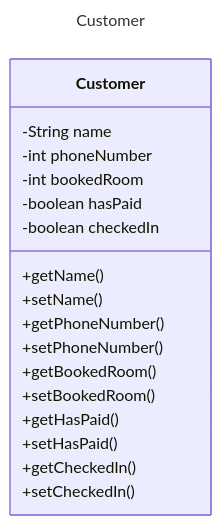
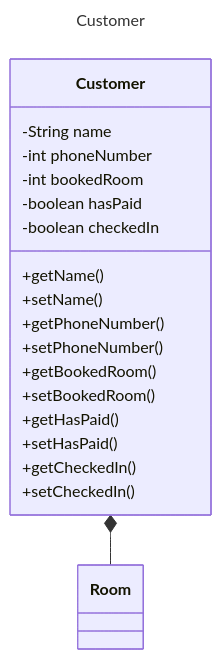
The diagram in class-diagrams/Class-Diagram-Customer.md (roxashrb/2425-cc3-1e-project-team-and-jerry), drawn with Mermaid before and after one commit.

````diff
--- a/class-diagrams/Class-Diagram-Customer.md
+++ b/class-diagrams/Class-Diagram-Customer.md
@@ -1,23 +1,24 @@
 ```mermaid
 ---
 title: Customer
 ---
 classDiagram
+    Customer *-- Room
     class Customer {
         -String name
         -int phoneNumber
         -int bookedRoom
         -boolean hasPaid
         -boolean checkedIn
         +getName()
         +setName()
         +getPhoneNumber()
         +setPhoneNumber()
         +getBookedRoom()
         +setBookedRoom()
         +getHasPaid()
         +setHasPaid()
         +getCheckedIn()
         +setCheckedIn()
     }
 ```
````
